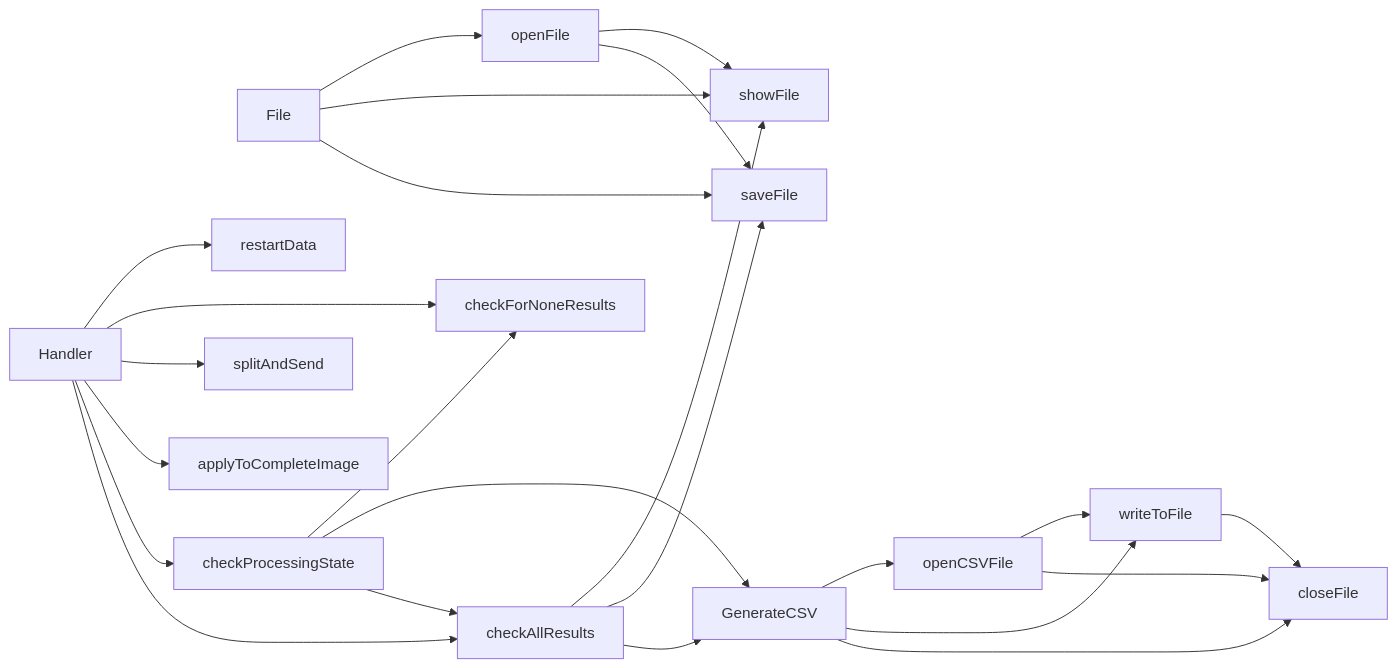
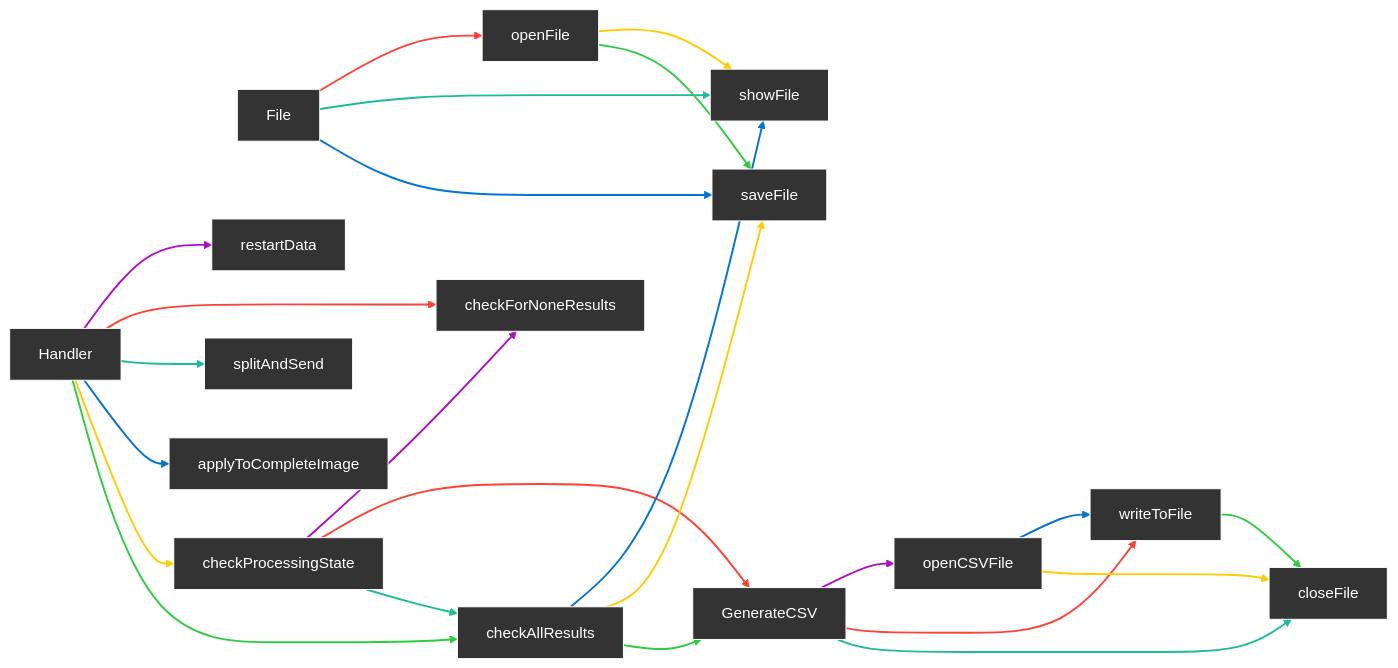
The second of 3 diagrams in README.md (HarryVasanth/distributed-image-processing), drawn with Mermaid before and after one commit. The commit also changed other lines of this file, not shown here.

Commit message:
chore(flowchart): colorize

````diff
--- a/README.md
+++ b/README.md
@@ -134,26 +134,59 @@
 ```mermaid
 graph LR
 File[File] --> openFile[openFile]
 File[File] --> showFile[showFile]
 File[File] --> saveFile[saveFile]
 openFile[openFile] --> showFile[showFile]
 openFile[openFile] --> saveFile[saveFile]
 Handler[Handler] --> restartData[restartData]
 Handler[Handler] --> checkForNoneResults[checkForNoneResults]
 Handler[Handler] --> splitAndSend[splitAndSend]
 Handler[Handler] --> applyToCompleteImage[applyToCompleteImage]
 Handler[Handler] --> checkProcessingState[checkProcessingState]
 Handler[Handler] --> checkAllResults[checkAllResults]
 checkProcessingState[checkProcessingState] --> checkForNoneResults[checkForNoneResults]
 checkProcessingState[checkProcessingState] --> GenerateCSV[GenerateCSV]
 checkProcessingState[checkProcessingState] --> checkAllResults[checkAllResults]
 checkAllResults[checkAllResults] --> showFile[showFile]
 checkAllResults[checkAllResults] --> saveFile[saveFile]
 checkAllResults[checkAllResults] --> GenerateCSV[GenerateCSV]
 GenerateCSV[GenerateCSV] --> openCSVFile[openCSVFile]
 GenerateCSV[GenerateCSV] --> writeToFile[writeToFile]
 GenerateCSV[GenerateCSV] --> closeFile[closeFile]
 openCSVFile[openCSVFile] --> writeToFile[writeToFile]
 openCSVFile[openCSVFile] --> closeFile[closeFile]
 writeToFile[writeToFile] --> closeFile[closeFile]
+
+classDef lightMode fill:#FFFFFF, stroke:#333333, color:#333333;
+classDef darkMode fill:#333333, stroke:#FFFFFF, color:#FFFFFF;
+
+classDef lightModeLinks stroke:#333333;
+classDef darkModeLinks stroke:#FFFFFF;
+
+class File,openFile,showFile,saveFile,Handler,restartData,checkForNoneResults,splitAndSend,applyToCompleteImage,checkProcessingState,checkAllResults,GenerateCSV,openCSVFile,writeToFile,closeFile lightMode;
+class File,openFile,showFile,saveFile,Handler,restartData,checkForNoneResults,splitAndSend,applyToCompleteImage,checkProcessingState,checkAllResults,GenerateCSV,openCSVFile,writeToFile,closeFile darkMode;
+
+linkStyle 0 stroke:#FF4136, stroke-width:2px;
+linkStyle 1 stroke:#1ABC9C, stroke-width:2px;
+linkStyle 2 stroke:#0074D9, stroke-width:2px;
+linkStyle 3 stroke:#FFCC00, stroke-width:2px;
+linkStyle 4 stroke:#2ECC40, stroke-width:2px;
+linkStyle 5 stroke:#B10DC9, stroke-width:2px;
+linkStyle 6 stroke:#FF4136, stroke-width:2px;
+linkStyle 7 stroke:#1ABC9C, stroke-width:2px;
+linkStyle 8 stroke:#0074D9, stroke-width:2px;
+linkStyle 9 stroke:#FFCC00, stroke-width:2px;
+linkStyle 10 stroke:#2ECC40, stroke-width:2px;
+linkStyle 11 stroke:#B10DC9, stroke-width:2px;
+linkStyle 12 stroke:#FF4136, stroke-width:2px;
+linkStyle 13 stroke:#1ABC9C, stroke-width:2px;
+linkStyle 14 stroke:#0074D9, stroke-width:2px;
+linkStyle 15 stroke:#FFCC00, stroke-width:2px;
+linkStyle 16 stroke:#2ECC40, stroke-width:2px;
+linkStyle 17 stroke:#B10DC9, stroke-width:2px;
+linkStyle 18 stroke:#FF4136, stroke-width:2px;
+linkStyle 19 stroke:#1ABC9C, stroke-width:2px;
+linkStyle 20 stroke:#0074D9, stroke-width:2px;
+linkStyle 21 stroke:#FFCC00, stroke-width:2px;
+linkStyle 22 stroke:#2ECC40, stroke-width:2px;
 ```
````
